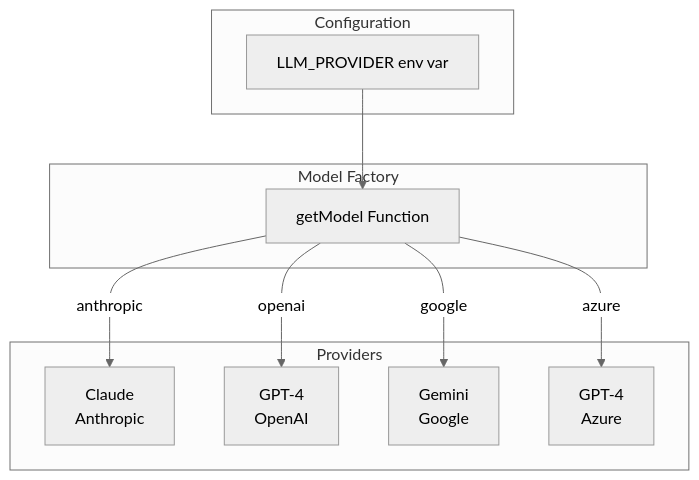
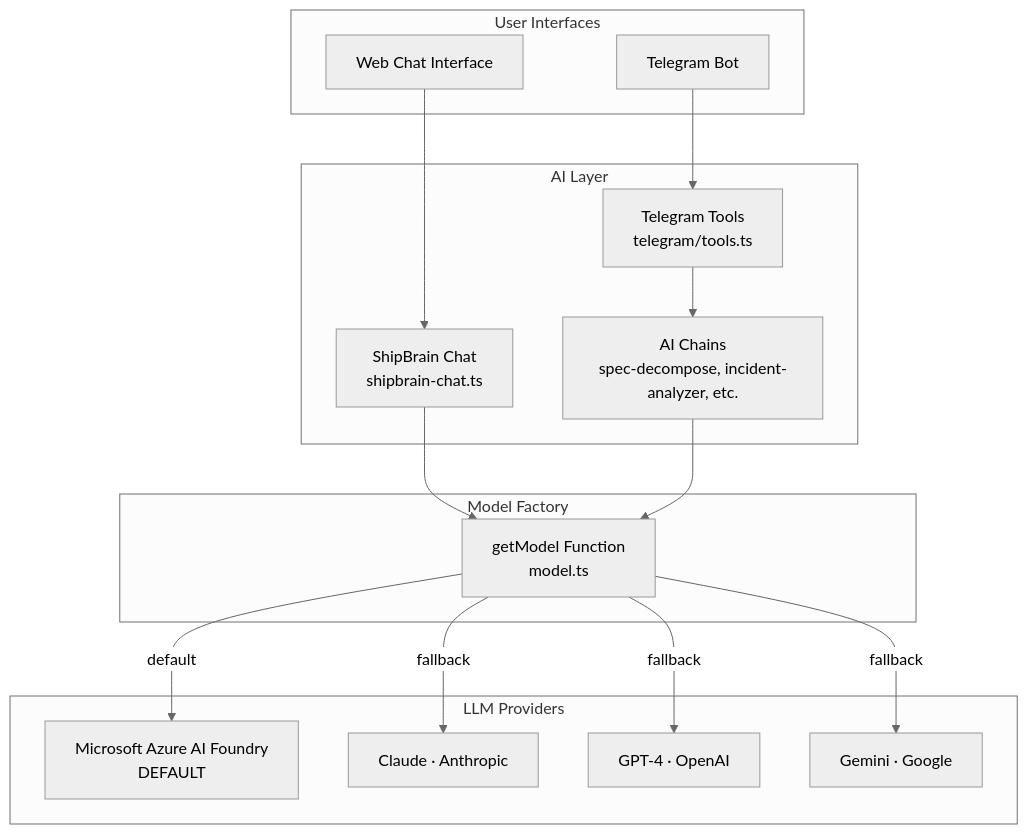
Diagram 14 of 17 in SHIPBRAIN_PRD_FINAL.md (JeevantheDev/ShipBrain), drawn with Mermaid (neutral theme) before and after one commit. The commit also changed other lines of this file, not shown here.

First line of the commit message:
Update PRD: Azure AI Foundry as default, unified Chat+Telegram architecture

````diff
--- a/SHIPBRAIN_PRD_FINAL.md
+++ b/SHIPBRAIN_PRD_FINAL.md
@@ -548,23 +604,34 @@
 ```mermaid
 flowchart TB
-    subgraph "Configuration"
-        ENV[LLM_PROVIDER env var]
+    subgraph "User Interfaces"
+        CHAT[Web Chat Interface]
+        TG[Telegram Bot]
+    end
+
+    subgraph "AI Layer"
+        SC[ShipBrain Chat<br/>shipbrain-chat.ts]
+        TOOLS[Telegram Tools<br/>telegram/tools.ts]
+        CHAINS[AI Chains<br/>spec-decompose, incident-analyzer, etc.]
     end
 
     subgraph "Model Factory"
-        MF[getModel Function]
+        MF[getModel Function<br/>model.ts]
     end
 
-    subgraph "Providers"
-        C[Claude<br/>Anthropic]
-        G[GPT-4<br/>OpenAI]
-        GE[Gemini<br/>Google]
-        AZ[GPT-4<br/>Azure]
+    subgraph "LLM Providers"
+        AF[Microsoft Azure AI Foundry<br/>DEFAULT]
+        C[Claude · Anthropic]
+        G[GPT-4 · OpenAI]
+        GE[Gemini · Google]
     end
 
-    ENV --> MF
-    MF -->|anthropic| C
-    MF -->|openai| G
-    MF -->|google| GE
-    MF -->|azure| AZ
+    CHAT --> SC
+    TG --> TOOLS
+    SC --> MF
+    TOOLS --> CHAINS
+    CHAINS --> MF
+    MF -->|default| AF
+    MF -->|fallback| C
+    MF -->|fallback| G
+    MF -->|fallback| GE
 ```
````
